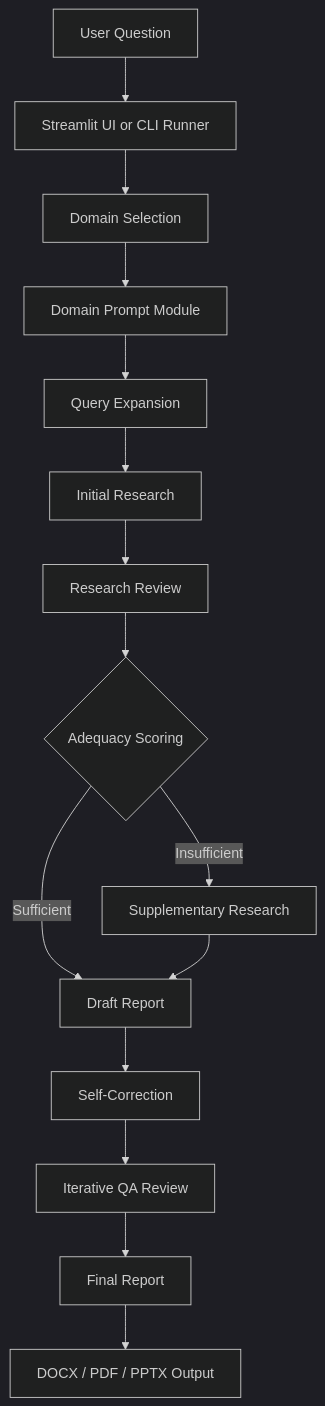
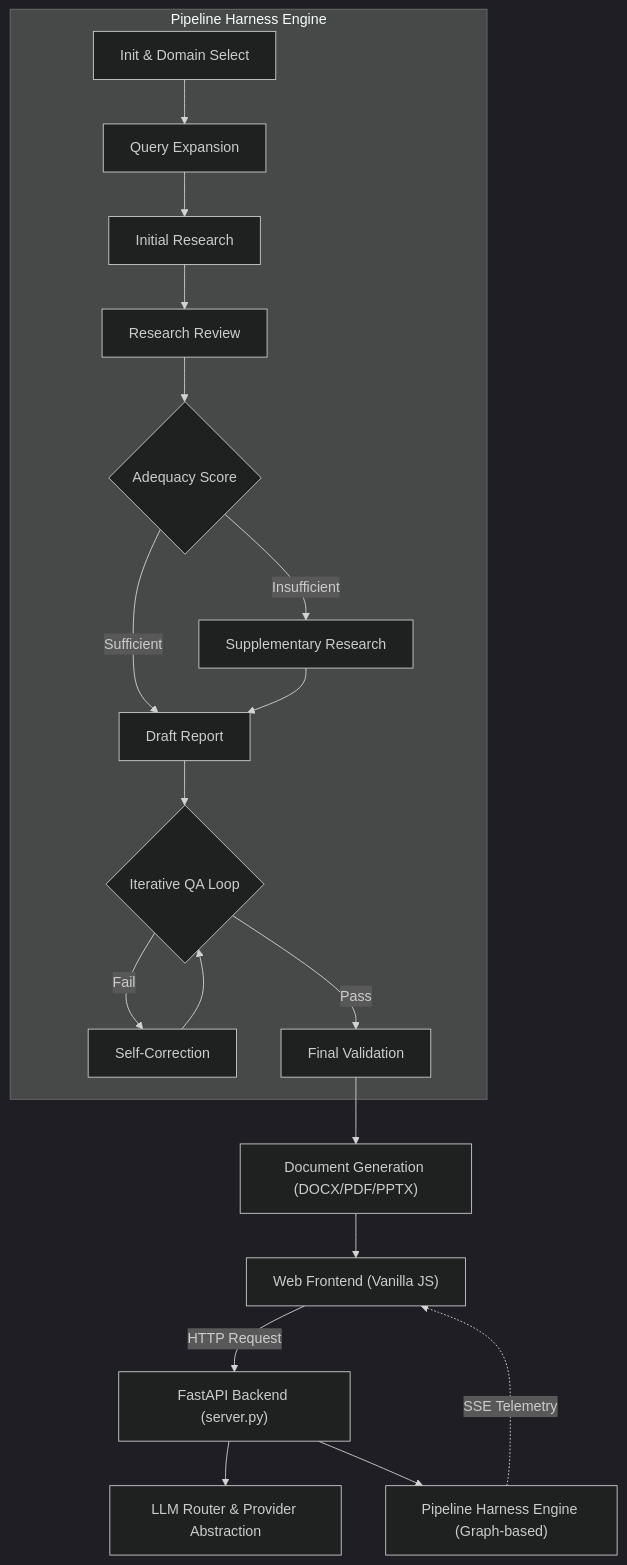
One commit to minseok-ai/A1trategize changed the diagram in README.en.md. Above: the diagram before and after it, drawn with Mermaid (dark theme). The commit also changed other lines of this file and 1 other file, not shown here.

First line of the commit message:
Sync public technical report: v0.5 Update: Restructured into domain-driven architecture and implemented graph-based harness engine

````diff
--- a/README.en.md
+++ b/README.en.md
@@ -101,17 +88,24 @@
 ```mermaid
 graph TD
-    A["User Question"] --> B["Streamlit UI or CLI Runner"]
-    B --> C["Domain Selection"]
-    C --> D["Domain Prompt Module"]
-    D --> E["Query Expansion"]
-    E --> F["Initial Research"]
-    F --> G["Research Review"]
-    G --> H{"Adequacy Scoring"}
-    H -->|Insufficient| I["Supplementary Research"]
-    H -->|Sufficient| J["Draft Report"]
-    I --> J
-    J --> K["Self-Correction"]
-    K --> L["Iterative QA Review"]
-    L --> M["Final Report"]
-    M --> N["DOCX / PDF / PPTX Output"]
+    User["Web Frontend (Vanilla JS)"] -->|HTTP Request| API["FastAPI Backend (server.py)"]
+    API --> Router["LLM Router & Provider Abstraction"]
+    API --> Engine["Pipeline Harness Engine (Graph-based)"]
+    
+    subgraph Harness [Pipeline Harness Engine]
+        Init["Init & Domain Select"] --> Exp["Query Expansion"]
+        Exp --> Res["Initial Research"]
+        Res --> Rev["Research Review"]
+        Rev --> Score{"Adequacy Score"}
+        Score -->|Insufficient| Supp["Supplementary Research"]
+        Score -->|Sufficient| Draft["Draft Report"]
+        Supp --> Draft
+        Draft --> QA{"Iterative QA Loop"}
+        QA -->|Fail| Corr["Self-Correction"]
+        Corr --> QA
+        QA -->|Pass| Final["Final Validation"]
+    end
+    
+    Engine -.->|SSE Telemetry| User
+    Final --> Output["Document Generation (DOCX/PDF/PPTX)"]
+    Output --> User
 ```
````
